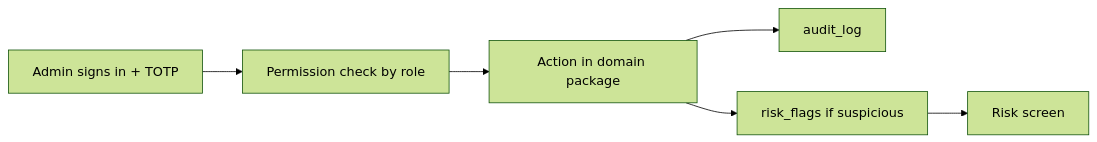
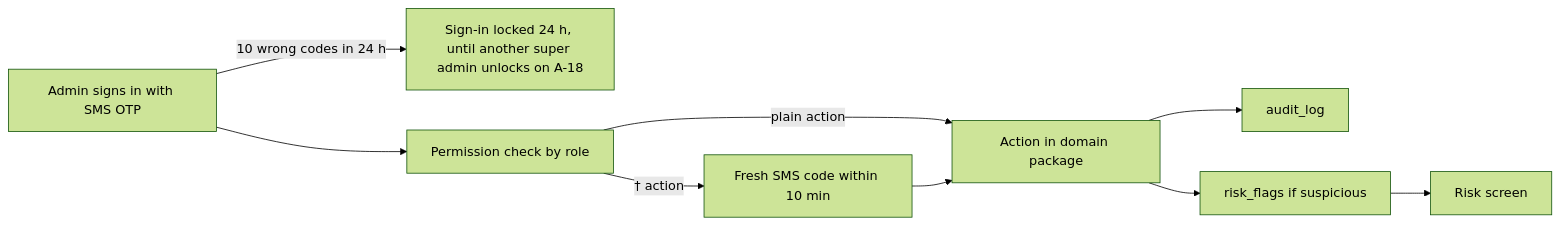
One commit to todayzmart/todayz changed the diagram in docs/features/admin-console.md. Above: the diagram before and after it, drawn with Mermaid (forest theme). The commit also changed other lines of this file and 161 other files, not shown here.

````diff
--- a/docs/features/admin-console.md
+++ b/docs/features/admin-console.md
@@ -45,8 +47,10 @@
 ```mermaid
 flowchart LR
-    Admin[Admin signs in + TOTP] --> Perm[Permission check by role]
-    Perm --> Act[Action in domain package]
+    Admin[Admin signs in with SMS OTP] -->|10 wrong codes in 24 h| Lock[Sign-in locked 24 h, until another super admin unlocks on A-18]
+    Admin --> Perm[Permission check by role]
+    Perm -->|plain action| Act[Action in domain package]
+    Perm -->|† action| Step[Fresh SMS code within 10 min] --> Act
     Act --> Aud[audit_log]
     Act --> Flag[risk_flags if suspicious]
     Flag --> Risk[Risk screen]
 ```
````
